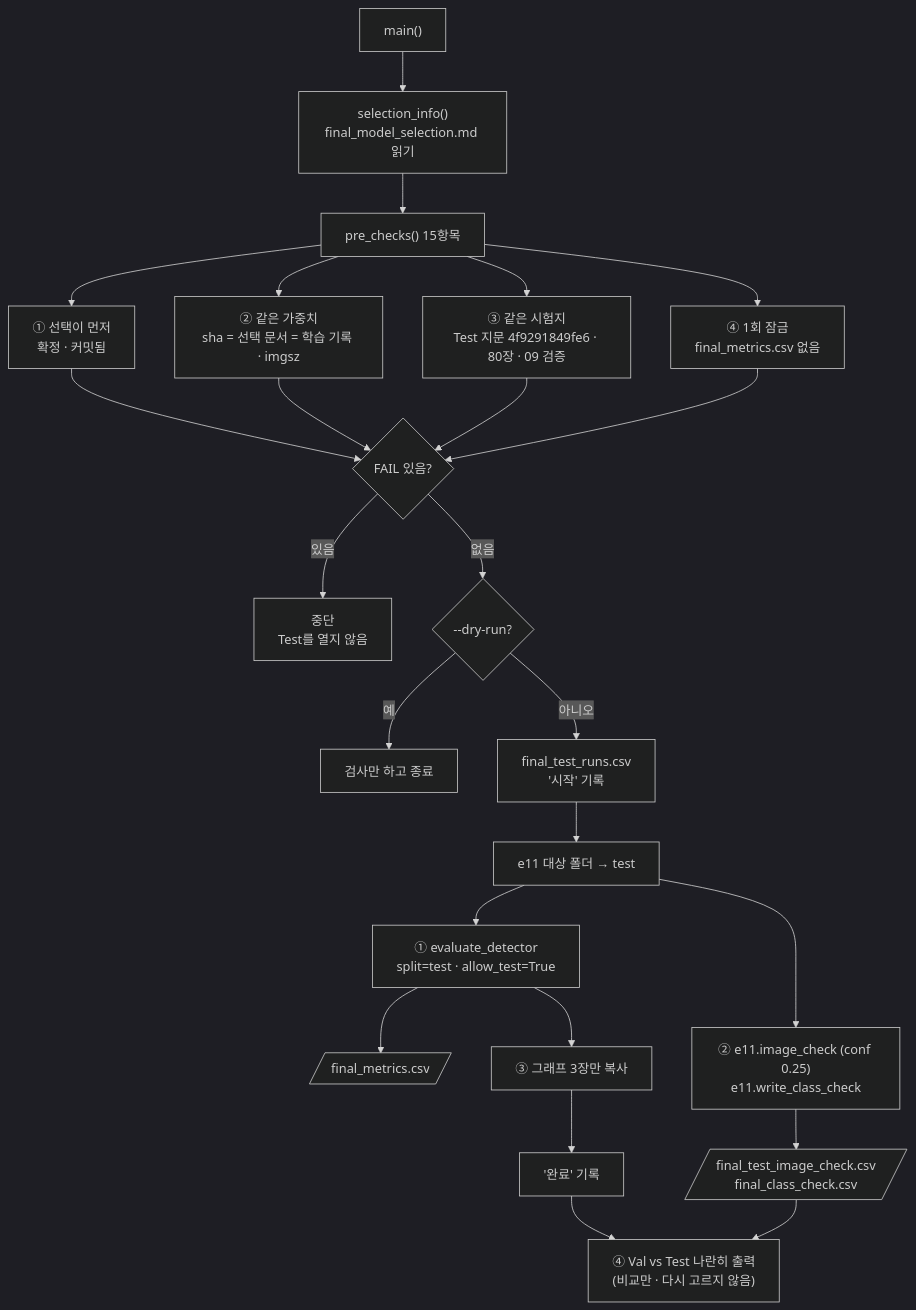
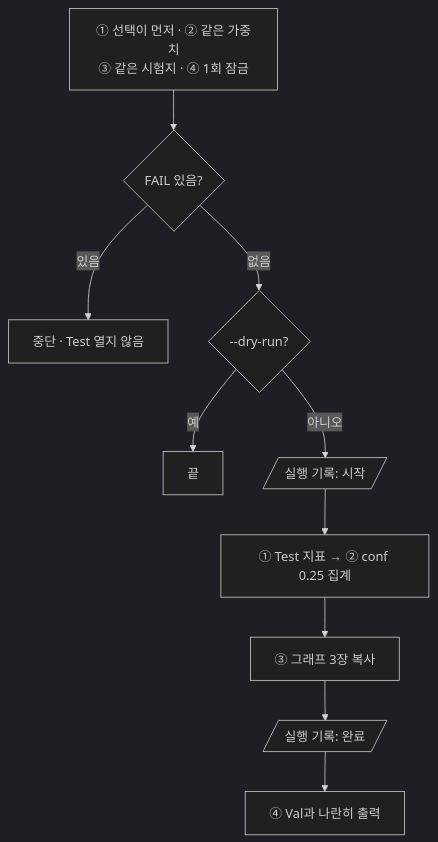
Before and after one commit to howolcat/prj2026.10: the diagram in prj08/docs/code_review/scripts/16_evaluate_final_test.md, drawn with Mermaid (dark theme). The commit also changed other lines of this file and 25 other files, not shown here.

````diff
--- a/prj08/docs/code_review/scripts/16_evaluate_final_test.md
+++ b/prj08/docs/code_review/scripts/16_evaluate_final_test.md
@@ -52,23 +37,12 @@
 ```mermaid
 flowchart TD
-    A["main()"] --> B["selection_info()<br/>final_model_selection.md 읽기"]
-    B --> C["pre_checks() 15항목"]
-    C --> C1["① 선택이 먼저<br/>확정 · 커밋됨"]
-    C --> C2["② 같은 가중치<br/>sha = 선택 문서 = 학습 기록 · imgsz"]
-    C --> C3["③ 같은 시험지<br/>Test 지문 4f9291849fe6 · 80장 · 09 검증"]
-    C --> C4["④ 1회 잠금<br/>final_metrics.csv 없음"]
-    C1 & C2 & C3 & C4 --> D{"FAIL 있음?"}
-    D -->|있음| X["중단<br/>Test를 열지 않음"]
-    D -->|없음| E{"--dry-run?"}
-    E -->|예| Y["검사만 하고 종료"]
-    E -->|아니오| F["final_test_runs.csv<br/>'시작' 기록"]
-    F --> G["e11 대상 폴더 → test"]
-    G --> H["① evaluate_detector<br/>split=test · allow_test=True"]
-    H --> I[/"final_metrics.csv"/]
-    G --> J["② e11.image_check (conf 0.25)<br/>e11.write_class_check"]
-    J --> K[/"final_test_image_check.csv<br/>final_class_check.csv"/]
-    H --> L["③ 그래프 3장만 복사"]
-    L --> M["'완료' 기록"]
-    K --> N["④ Val vs Test 나란히 출력<br/>(비교만 · 다시 고르지 않음)"]
-    M --> N
+    A["① 선택이 먼저 · ② 같은 가중치<br/>③ 같은 시험지 · ④ 1회 잠금"] --> B{"FAIL 있음?"}
+    B -->|있음| X["중단 · Test 열지 않음"]
+    B -->|없음| C{"--dry-run?"}
+    C -->|예| D["끝"]
+    C -->|아니오| E[/"실행 기록: 시작"/]
+    E --> F["① Test 지표 → ② conf 0.25 집계"]
+    F --> G["③ 그래프 3장 복사"]
+    G --> H[/"실행 기록: 완료"/]
+    H --> I["④ Val과 나란히 출력"]
 ```
````
